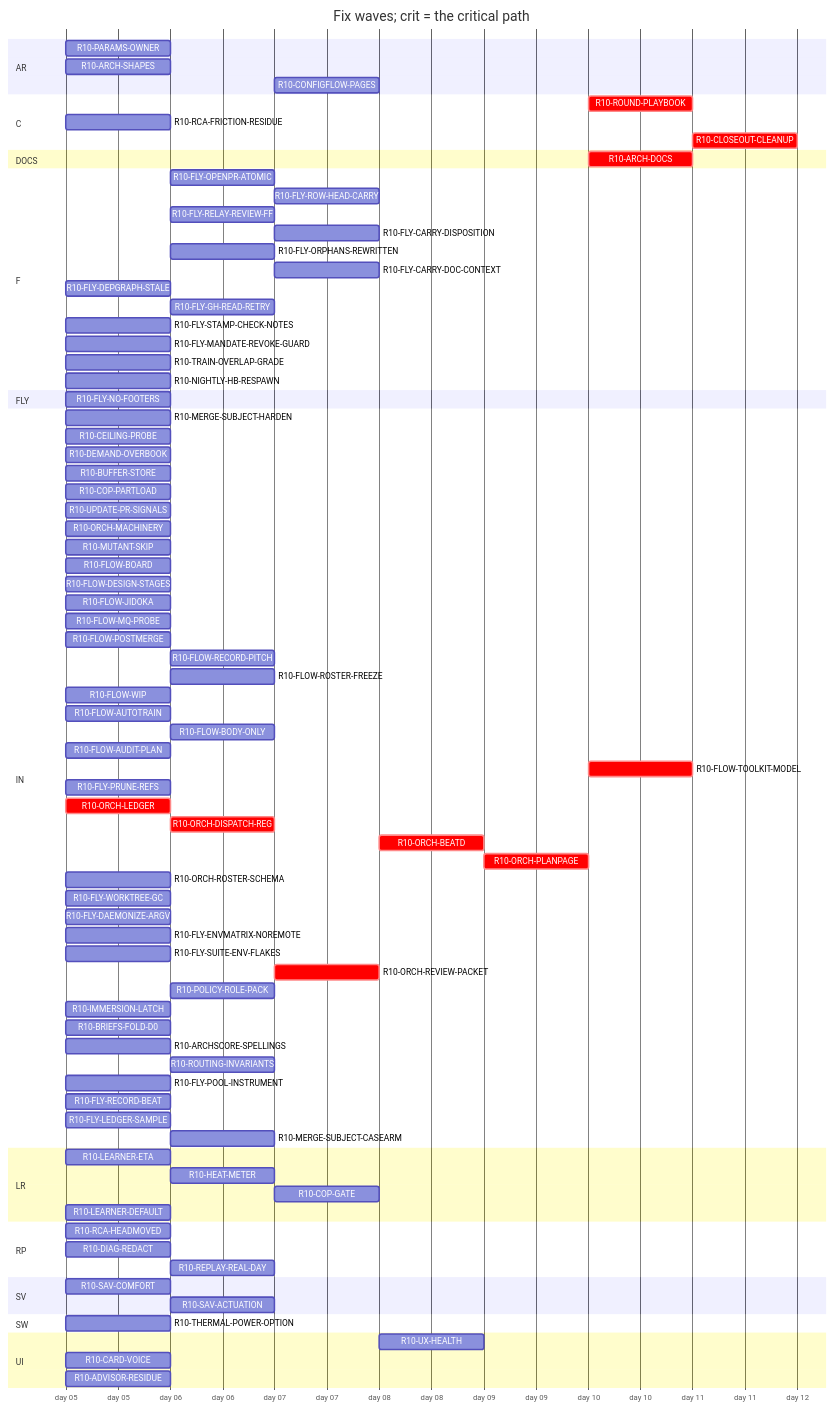
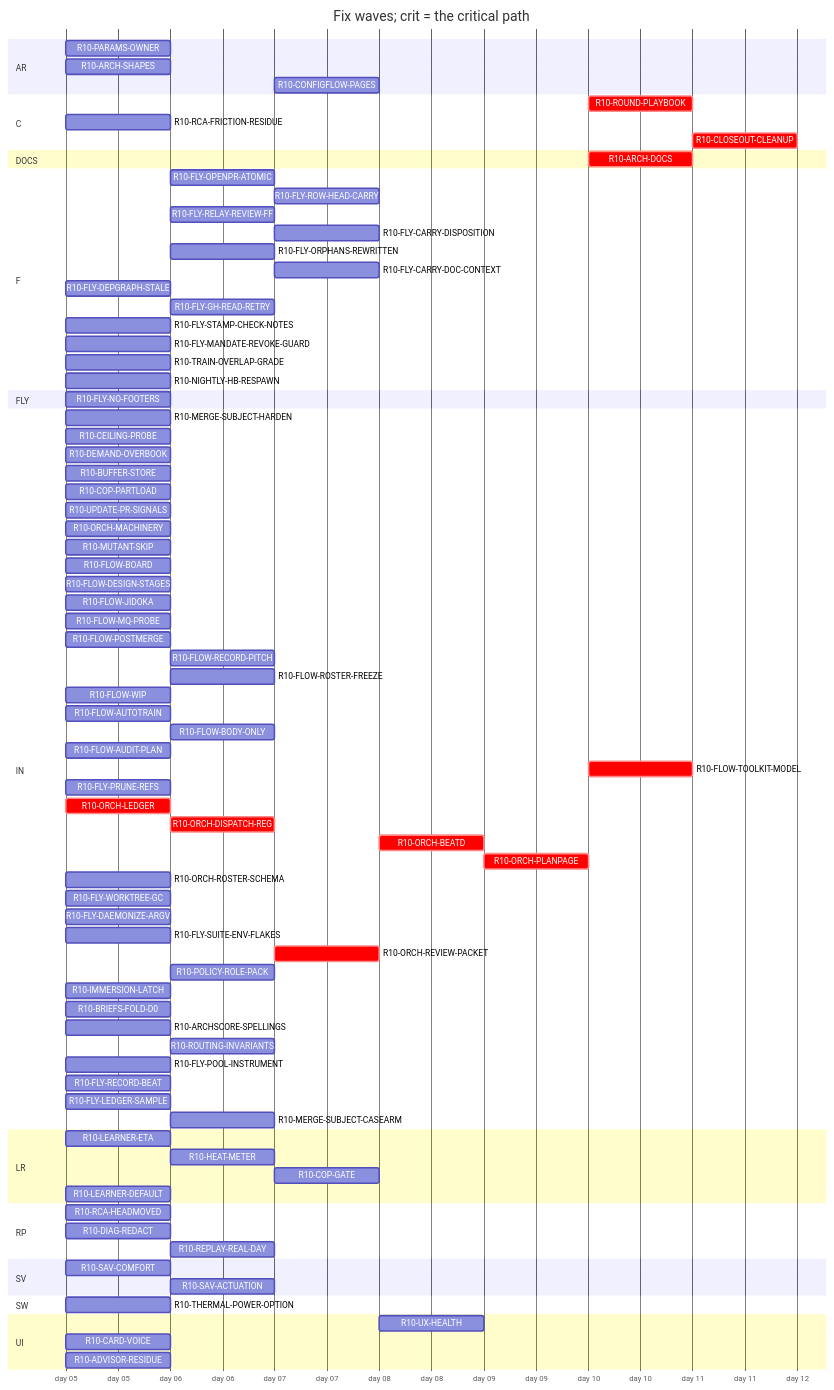
One commit to tvofi/heatpump_optimizer changed the diagram in handoff/round10/state/PLAN-TABLE.md. Above: the diagram before and after it, drawn with Mermaid. The commit also changed other lines of this file and 2 other files, not shown here.

```diff
--- a/handoff/round10/state/PLAN-TABLE.md
+++ b/handoff/round10/state/PLAN-TABLE.md
@@ -35,7 +35,7 @@
     R10-RCA-FRICTION-RESIDUE :r10RCAFRICTIONRESIDUE, 2026-01-05, 1d
     R10-CLOSEOUT-CLEANUP :crit, r10CLOSEOUTCLEANUP, after r10FLYPRUNEREFS r10FLYWORKTREEGC r10ARCHDOCS r10ROUNDPLAYBOOK, 1d
   section DOCS
-    R10-ARCH-DOCS :crit, r10ARCHDOCS, after r10PARAMSOWNER r10ARCHSHAPES r10LEARNERETA r10HEATMETER r10COPGATE r10UXHEALTH r10CONFIGFLOWPAGES r10RCAHEADMOVED r10SAVCOMFORT r10MERGESUBJECTHARDEN r10CEILINGPROBE r10DEMANDOVERBOOK r10BUFFERSTORE r10COPPARTLOAD r10UPDATEPRSIGNALS r10CARDVOICE r10THERMALPOWEROPTION r10LEARNERDEFAULT r10MUTANTSKIP r10FLOWBOARD r10FLOWDESIGNSTAGES r10FLOWJIDOKA r10FLOWMQPROBE r10FLOWPOSTMERGE r10FLOWRECORDPITCH r10FLOWROSTERFREEZE r10FLOWWIP r10FLOWAUTOTRAIN r10FLOWBODYONLY r10FLYOPENPRATOMIC r10FLYROWHEADCARRY r10FLOWAUDITPLAN r10FLYRELAYREVIEWFF r10FLYCARRYDISPOSITION r10FLYORPHANSREWRITTEN r10FLYCARRYDOCCONTEXT r10FLYDEPGRAPHSTALE r10FLOWTOOLKITMODEL r10FLYSTAMPCHECKNOTES r10FLYMANDATEREVOKEGUARD r10RCAFRICTIONRESIDUE r10TRAINOVERLAPGRADE r10NIGHTLYHBRESPAWN r10FLYPRUNEREFS r10ORCHLEDGER r10ORCHDISPATCHREG r10ORCHBEATD r10ORCHPLANPAGE r10ORCHROSTERSCHEMA r10FLYWORKTREEGC r10FLYDAEMONIZEARGV r10FLYENVMATRIXNOREMOTE r10ORCHREVIEWPACKET r10POLICYROLEPACK r10IMMERSIONLATCH r10DIAGREDACT r10ADVISORRESIDUE r10BRIEFSFOLDD0 r10REPLAYREALDAY r10ARCHSCORESPELLINGS r10ROUTINGINVARIANTS r10SAVACTUATION r10FLYPOOLINSTRUMENT r10FLYRECORDBEAT r10FLYLEDGERSAMPLE, 1d
+    R10-ARCH-DOCS :crit, r10ARCHDOCS, after r10PARAMSOWNER r10ARCHSHAPES r10LEARNERETA r10HEATMETER r10COPGATE r10UXHEALTH r10CONFIGFLOWPAGES r10RCAHEADMOVED r10SAVCOMFORT r10MERGESUBJECTHARDEN r10CEILINGPROBE r10DEMANDOVERBOOK r10BUFFERSTORE r10COPPARTLOAD r10UPDATEPRSIGNALS r10CARDVOICE r10THERMALPOWEROPTION r10LEARNERDEFAULT r10MUTANTSKIP r10FLOWBOARD r10FLOWDESIGNSTAGES r10FLOWJIDOKA r10FLOWMQPROBE r10FLOWPOSTMERGE r10FLOWRECORDPITCH r10FLOWROSTERFREEZE r10FLOWWIP r10FLOWAUTOTRAIN r10FLOWBODYONLY r10FLYOPENPRATOMIC r10FLYROWHEADCARRY r10FLOWAUDITPLAN r10FLYRELAYREVIEWFF r10FLYCARRYDISPOSITION r10FLYORPHANSREWRITTEN r10FLYCARRYDOCCONTEXT r10FLYDEPGRAPHSTALE r10FLOWTOOLKITMODEL r10FLYSTAMPCHECKNOTES r10FLYMANDATEREVOKEGUARD r10RCAFRICTIONRESIDUE r10TRAINOVERLAPGRADE r10NIGHTLYHBRESPAWN r10FLYPRUNEREFS r10ORCHLEDGER r10ORCHDISPATCHREG r10ORCHBEATD r10ORCHPLANPAGE r10ORCHROSTERSCHEMA r10FLYWORKTREEGC r10FLYDAEMONIZEARGV r10ORCHREVIEWPACKET r10POLICYROLEPACK r10IMMERSIONLATCH r10DIAGREDACT r10ADVISORRESIDUE r10BRIEFSFOLDD0 r10REPLAYREALDAY r10ARCHSCORESPELLINGS r10SAVACTUATION r10FLYLEDGERSAMPLE, 1d
   section F
     R10-FLY-OPENPR-ATOMIC :r10FLYOPENPRATOMIC, after r10UPDATEPRSIGNALS, 1d
     R10-FLY-ROW-HEAD-CARRY :r10FLYROWHEADCARRY, after r10FLYOPENPRATOMIC r10FLOWMQPROBE, 1d
@@ -80,7 +80,6 @@
     R10-ORCH-ROSTER-SCHEMA :r10ORCHROSTERSCHEMA, 2026-01-05, 1d
     R10-FLY-WORKTREE-GC :r10FLYWORKTREEGC, 2026-01-05, 1d
     R10-FLY-DAEMONIZE-ARGV :r10FLYDAEMONIZEARGV, 2026-01-05, 1d
-    R10-FLY-ENVMATRIX-NOREMOTE :r10FLYENVMATRIXNOREMOTE, 2026-01-05, 1d
     R10-FLY-SUITE-ENV-FLAKES :r10FLYSUITEENVFLAKES, 2026-01-05, 1d
     R10-ORCH-REVIEW-PACKET :crit, r10ORCHREVIEWPACKET, after r10ORCHDISPATCHREG, 1d
     R10-POLICY-ROLE-PACK :r10POLICYROLEPACK, after r10FLOWDESIGNSTAGES, 1d
```
